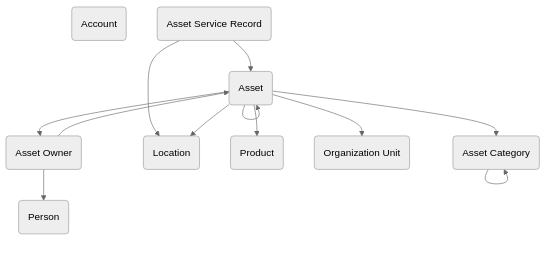
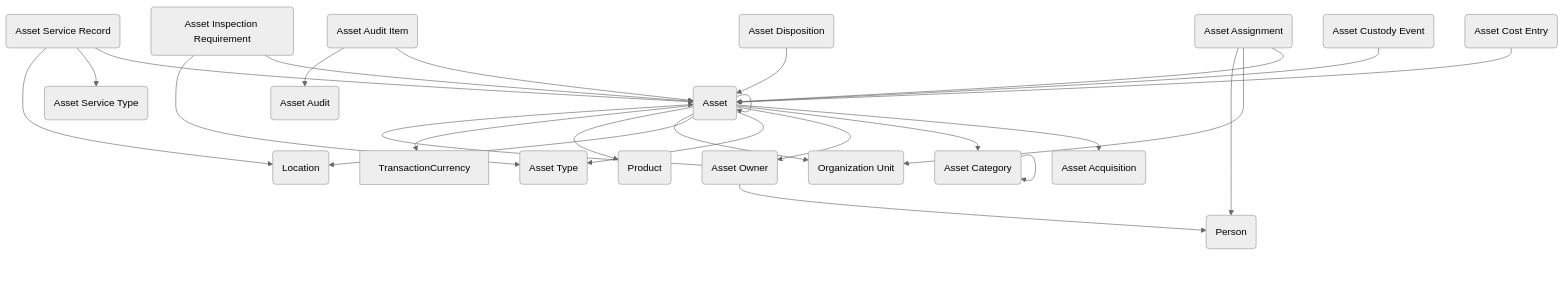
Before and after one commit to microsoft/industry-solutions: the diagram in _modules/asset-management.md, drawn with Mermaid (neutral theme). The commit also changed other lines of this file and 5 other files, not shown here.

````diff
--- a/_modules/asset-management.md
+++ b/_modules/asset-management.md
@@ -39,24 +30,46 @@
 ```mermaid
 graph TD
-  Account(Account)
+  appbase_Asset(Asset)
+  appbase_AssetAcquisition(Asset Acquisition)
+  appbase_AssetAssignment(Asset Assignment)
+  appbase_AssetAudit(Asset Audit)
+  appbase_AssetAuditItem(Asset Audit Item)
+  appbase_AssetCategory(Asset Category)
+  appbase_AssetCostEntry(Asset Cost Entry)
+  appbase_AssetCustodyEvent(Asset Custody Event)
+  appbase_AssetDisposition(Asset Disposition)
+  appbase_AssetInspectionRequirement(Asset Inspection Requirement)
+  appbase_AssetOwner(Asset Owner)
+  appbase_AssetServiceRecord(Asset Service Record)
+  appbase_AssetServiceType(Asset Service Type)
+  appbase_AssetType(Asset Type)
+  appbase_Location(Location)
+  appbase_OrganizationUnit(Organization Unit)
+  appbase_Product(Product)
   Contact(Person)
-  govcdm_Asset(Asset)
-  govcdm_assetcategory(Asset Category)
-  govcdm_AssetOwner(Asset Owner)
-  govcdm_AssetServiceRecord(Asset Service Record)
-  govcdm_Location(Location)
-  govcdm_Product(Product)
-  govcdm_OrganizationUnit(Organization Unit)
-  govcdm_AssetOwner --> Contact
-  govcdm_Asset --> govcdm_Asset
-  govcdm_AssetOwner --> govcdm_Asset
-  govcdm_AssetServiceRecord --> govcdm_Asset
-  govcdm_Asset --> govcdm_assetcategory
-  govcdm_assetcategory --> govcdm_assetcategory
-  govcdm_Asset --> govcdm_AssetOwner
-  govcdm_AssetServiceRecord --> govcdm_Location
-  govcdm_Asset --> govcdm_Location
-  govcdm_Asset --> govcdm_OrganizationUnit
-  govcdm_Asset --> govcdm_Product
-
+  appbase_Asset --> appbase_Asset
+  appbase_AssetAssignment --> appbase_Asset
+  appbase_AssetAuditItem --> appbase_Asset
+  appbase_AssetCostEntry --> appbase_Asset
+  appbase_AssetCustodyEvent --> appbase_Asset
+  appbase_AssetDisposition --> appbase_Asset
+  appbase_AssetInspectionRequirement --> appbase_Asset
+  appbase_AssetOwner --> appbase_Asset
+  appbase_AssetServiceRecord --> appbase_Asset
+  appbase_Asset --> appbase_AssetAcquisition
+  appbase_AssetAuditItem --> appbase_AssetAudit
+  appbase_Asset --> appbase_AssetCategory
+  appbase_AssetCategory --> appbase_AssetCategory
+  appbase_Asset --> appbase_AssetOwner
+  appbase_AssetServiceRecord --> appbase_AssetServiceType
+  appbase_Asset --> appbase_AssetType
+  appbase_AssetInspectionRequirement --> appbase_AssetType
+  appbase_Asset --> appbase_Location
+  appbase_AssetServiceRecord --> appbase_Location
+  appbase_Asset --> appbase_OrganizationUnit
+  appbase_AssetAssignment --> appbase_OrganizationUnit
+  appbase_Asset --> appbase_Product
+  appbase_AssetAssignment --> Contact
+  appbase_AssetOwner --> Contact
+  appbase_Asset --> TransactionCurrency
 ```
````
